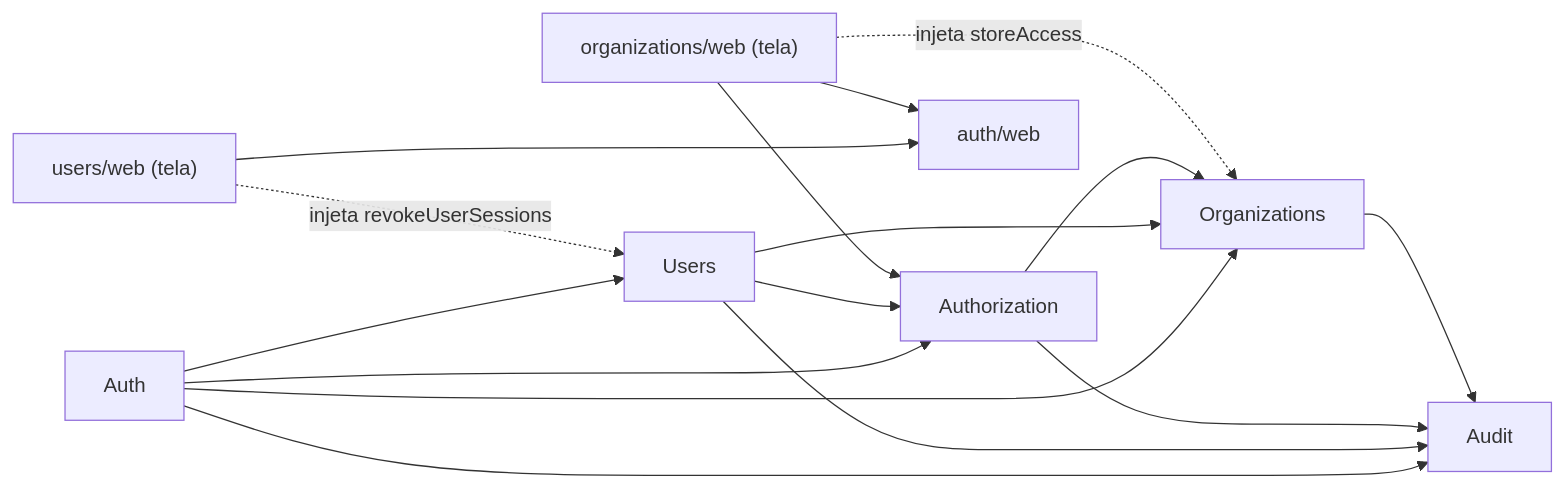
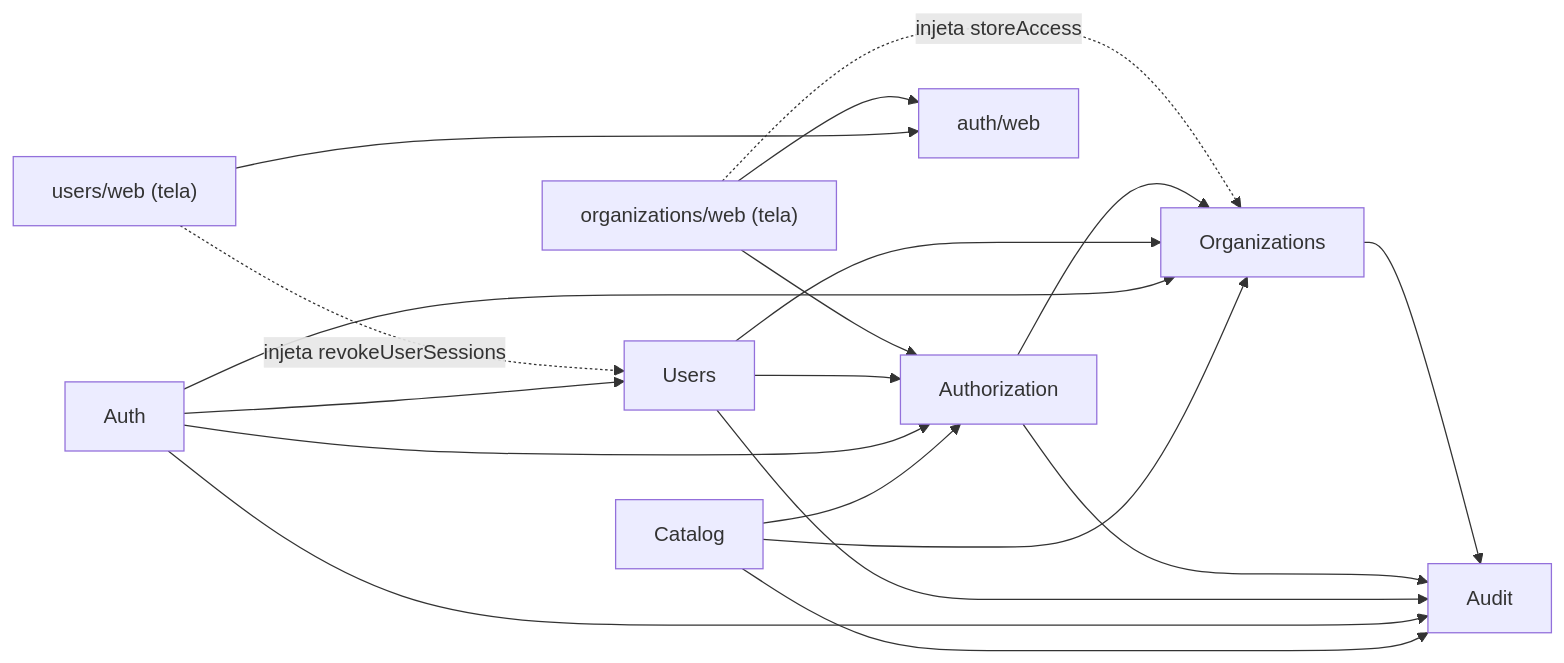
Before and after one commit to marlonerick/erp-mesa-restaurante: the first of 2 diagrams in maps/modules/dependencias.md, drawn with Mermaid. The commit also changed other lines of this file and 67 other files, not shown here.

````diff
--- a/maps/modules/dependencias.md
+++ b/maps/modules/dependencias.md
@@ -8,18 +8,21 @@
 ```mermaid
 flowchart LR
+  CAT[Catalog] --> ORG
+  CAT --> AUTHZ
+  CAT --> AUDIT
   AUTH[Auth] --> USERS[Users]
   AUTH --> AUTHZ[Authorization]
   AUTH --> ORG[Organizations]
   USERS --> AUTHZ
   USERS --> ORG
   AUTHZ --> ORG
   AUTH --> AUDIT[Audit]
   USERS --> AUDIT
   AUTHZ --> AUDIT
   ORG --> AUDIT
   USERSWEB["users/web (tela)"] -. injeta revokeUserSessions .-> USERS
   USERSWEB --> AUTHWEB["auth/web"]
   ORGWEB["organizations/web (tela)"] -. injeta storeAccess .-> ORG
   ORGWEB --> AUTHZ
   ORGWEB --> AUTHWEB
 ```
````
